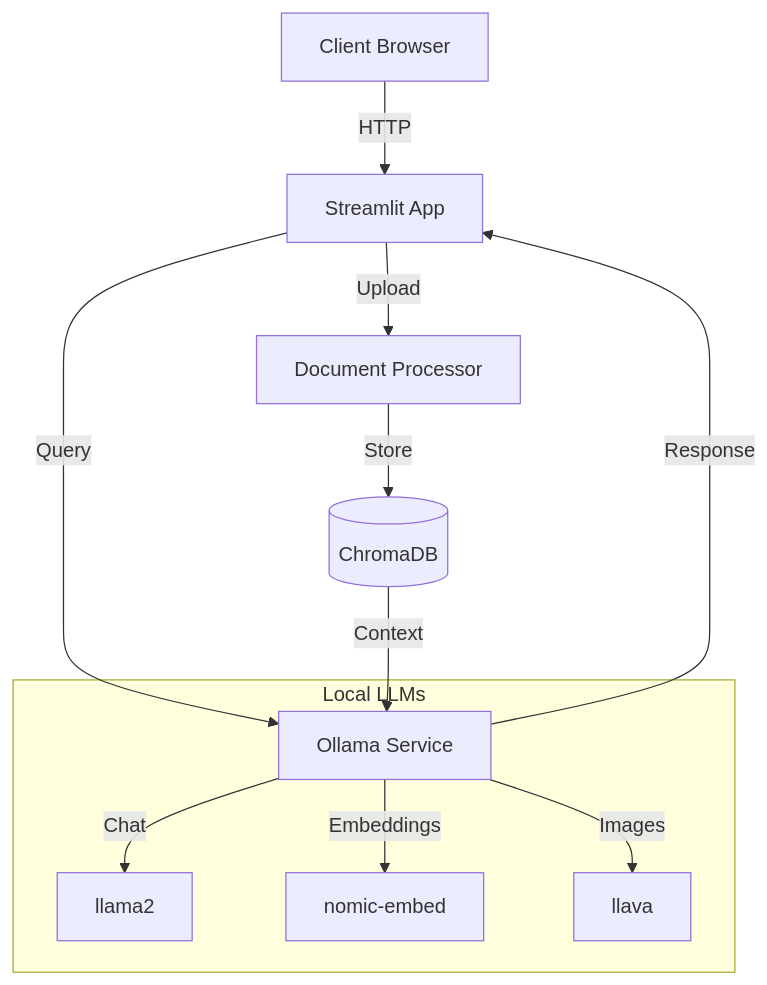
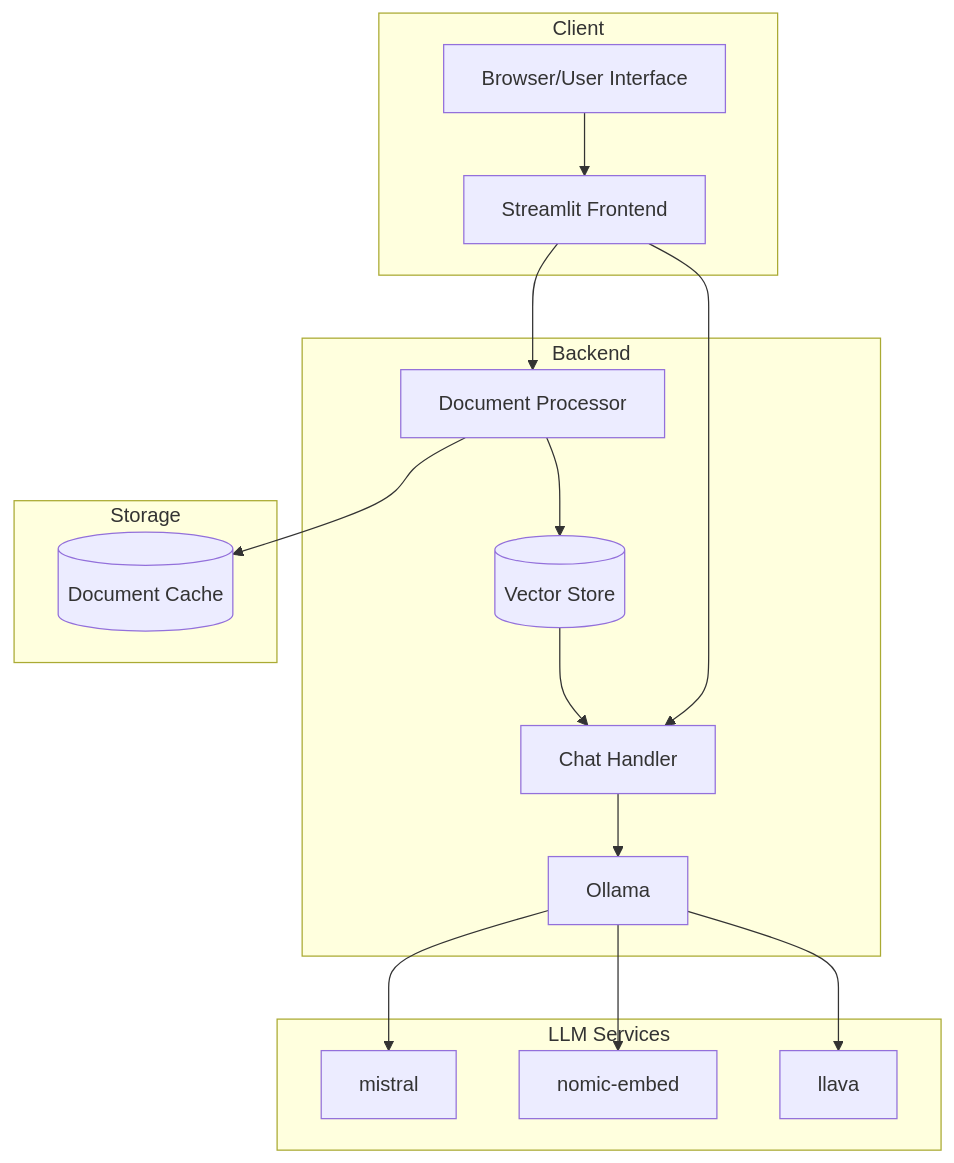
One commit to khaosans/basic-chat changed the first of 2 diagrams in README.md. Above: the diagram before and after it, drawn with Mermaid. The commit also changed other lines of this file and 2 other files, not shown here.

````diff
--- a/README.md
+++ b/README.md
@@ -8,15 +9,26 @@
 ```mermaid
 graph TD
-    A[Client Browser] -->|HTTP| B[Streamlit App]
-    B -->|Upload| C[Document Processor]
-    C -->|Store| D[(ChromaDB)]
-    B -->|Query| E[Ollama Service]
-    D -->|Context| E
-    E -->|Response| B
+    subgraph Client
+        A[Browser/User Interface] --> B[Streamlit Frontend]
+    end
     
-    subgraph Local LLMs
-        E -->|Chat| F[llama2]
-        E -->|Embeddings| G[nomic-embed]
-        E -->|Images| H[llava]
+    subgraph Backend
+        B --> C[Document Processor]
+        C --> D[ChromaDB]
+        B --> E[Chat Handler]
+        D --> E
+        E --> F[Ollama]
+    end
+    
+    subgraph Storage
+        D[(Vector Store)]
+        G[(Document Cache)]
+        C --> G
+    end
+    
+    subgraph LLM Services
+        F --> H[mistral]
+        F --> I[nomic-embed]
+        F --> J[llava]
     end
 ```
````
